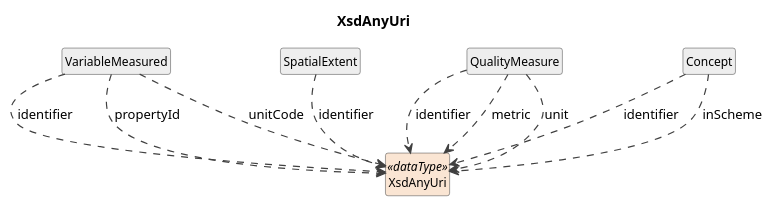
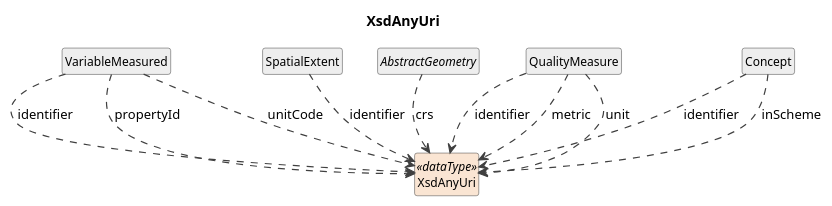
One commit to Cross-Domain-Interoperability-Framework/metadataBuildingBlocks changed the diagram in build/field-level-documentation/CDIFDiscovery/DataTypes/XsdAnyUri.pu. Above: the diagram before and after it, drawn with PlantUML. The commit also changed 64 other files, not shown here.

```diff
--- a/build/field-level-documentation/CDIFDiscovery/DataTypes/XsdAnyUri.pu
+++ b/build/field-level-documentation/CDIFDiscovery/DataTypes/XsdAnyUri.pu
@@ -1,28 +1,30 @@
 @startuml
 title XsdAnyUri
 hide circle
 hide empty members
 skinparam shadowing false
 skinparam ArrowThickness 1.2
 skinparam class {
   ArrowColor #404040
   BorderColor #404040
   FontSize 12
 }
 
 class "XsdAnyUri" as XsdAnyUri <<dataType>> #FAE5D3
 class "VariableMeasured" as VariableMeasured #EEEEEE
 VariableMeasured ..> XsdAnyUri : identifier
 VariableMeasured ..> XsdAnyUri : propertyId
 VariableMeasured ..> XsdAnyUri : unitCode
 class "SpatialExtent" as SpatialExtent #EEEEEE
 SpatialExtent ..> XsdAnyUri : identifier
+abstract class "AbstractGeometry" as AbstractGeometry #EEEEEE
+AbstractGeometry ..> XsdAnyUri : crs
 class "QualityMeasure" as QualityMeasure #EEEEEE
 QualityMeasure ..> XsdAnyUri : identifier
 QualityMeasure ..> XsdAnyUri : metric
 QualityMeasure ..> XsdAnyUri : unit
 class "Concept" as Concept #EEEEEE
 Concept ..> XsdAnyUri : identifier
 Concept ..> XsdAnyUri : inScheme
 
 @enduml
```
